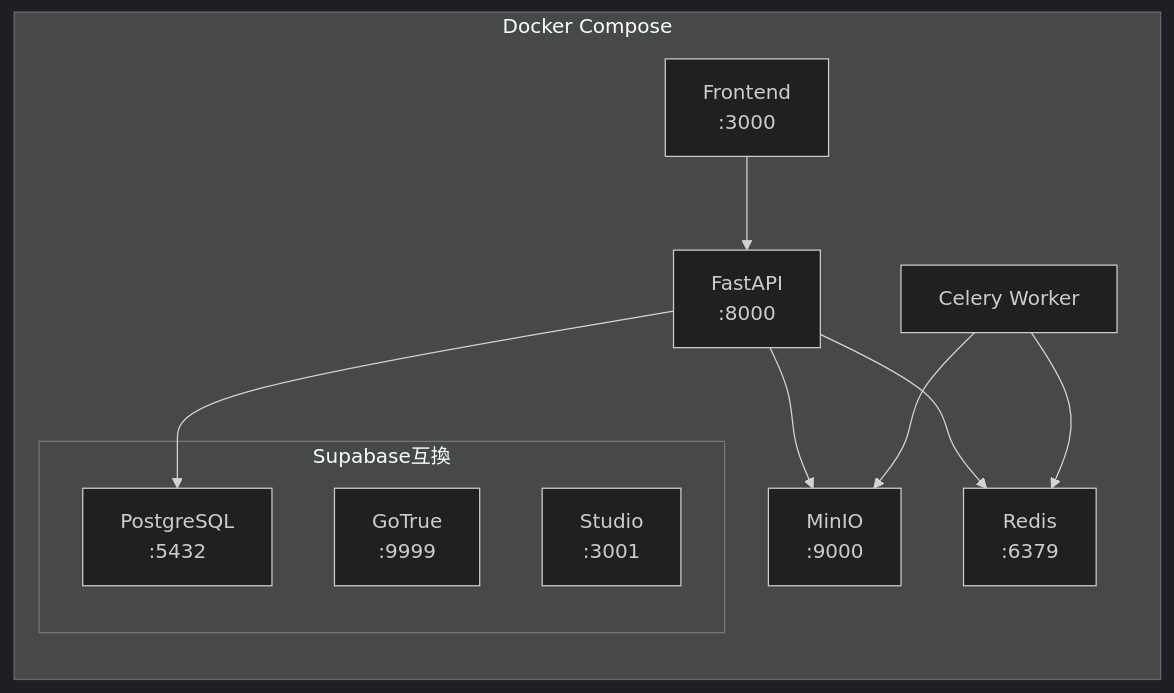
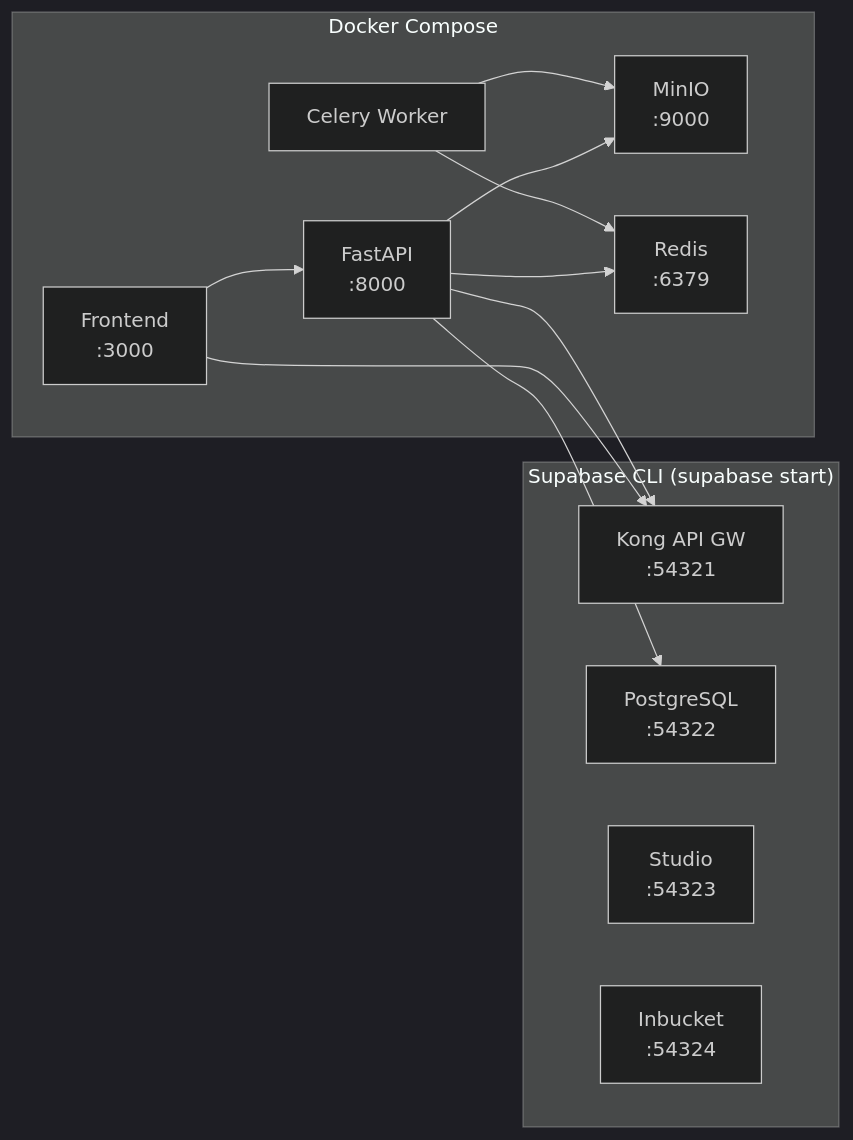
Before and after one commit to hexylab/argus: the second of 6 diagrams in docs/design/02_infrastructure.md, drawn with Mermaid (dark theme). The commit also changed other lines of this file and 14 other files, not shown here.

First line of the commit message:
infra: Supabase CLI ローカル開発環境

````diff
--- a/docs/design/02_infrastructure.md
+++ b/docs/design/02_infrastructure.md
@@ -45,24 +47,26 @@
 ```mermaid
 flowchart LR
-    subgraph Local["Docker Compose"]
+    subgraph SupabaseCLI["Supabase CLI (supabase start)"]
+        Kong["Kong API GW<br/>:54321"]
+        DB["PostgreSQL<br/>:54322"]
+        StudioLocal["Studio<br/>:54323"]
+        Inbucket["Inbucket<br/>:54324"]
+    end
+
+    subgraph DockerCompose["Docker Compose"]
         FE["Frontend<br/>:3000"]
         API["FastAPI<br/>:8000"]
         Worker["Celery Worker"]
-
-        subgraph Supabase["Supabase互換"]
-            DB["PostgreSQL<br/>:5432"]
-            AuthLocal["GoTrue<br/>:9999"]
-            Studio["Studio<br/>:3001"]
-        end
-
         MinIO["MinIO<br/>:9000"]
         Redis["Redis<br/>:6379"]
     end
 
+    FE --> Kong
     FE --> API
+    API --> Kong
     API --> DB
     API --> MinIO
     API --> Redis
     Worker --> Redis
     Worker --> MinIO
 ```
````
